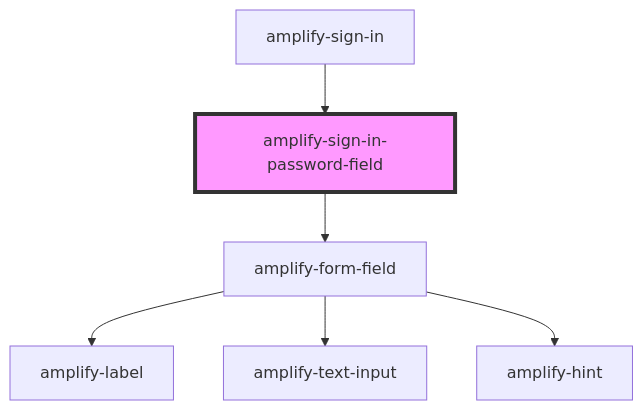
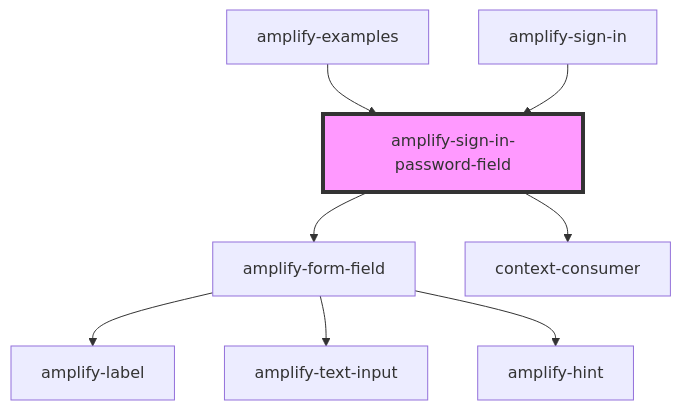
The diagram in packages/amplify-ui-components/src/components/amplify-sign-in-password-field/readme.md (aws-amplify/amplify-js), drawn with Mermaid before and after one commit. The commit also changed other lines of this file and 19 other files, not shown here.

````diff
--- a/packages/amplify-ui-components/src/components/amplify-sign-in-password-field/readme.md
+++ b/packages/amplify-ui-components/src/components/amplify-sign-in-password-field/readme.md
@@ -31,9 +33,11 @@
 ```mermaid
 graph TD;
   amplify-sign-in-password-field --> amplify-form-field
+  amplify-sign-in-password-field --> context-consumer
   amplify-form-field --> amplify-label
   amplify-form-field --> amplify-text-input
   amplify-form-field --> amplify-hint
+  amplify-examples --> amplify-sign-in-password-field
   amplify-sign-in --> amplify-sign-in-password-field
   style amplify-sign-in-password-field fill:#f9f,stroke:#333,stroke-width:4px
 ```
````
